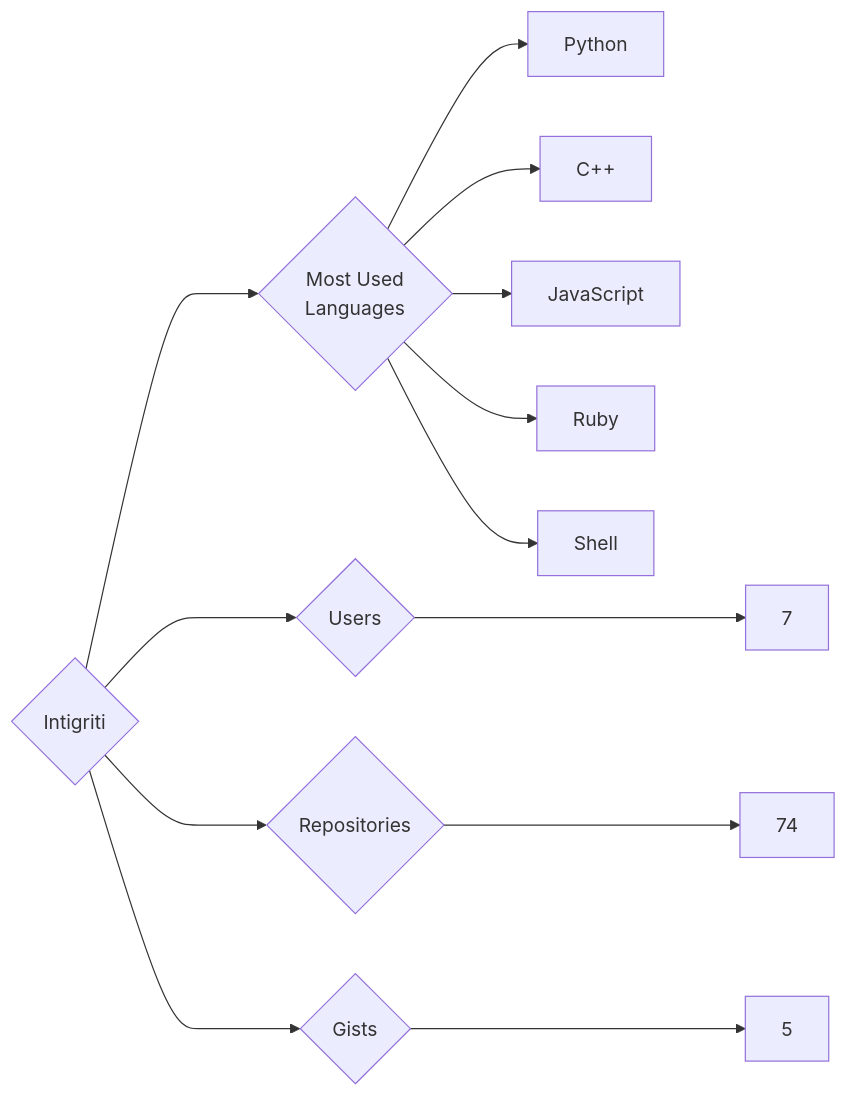
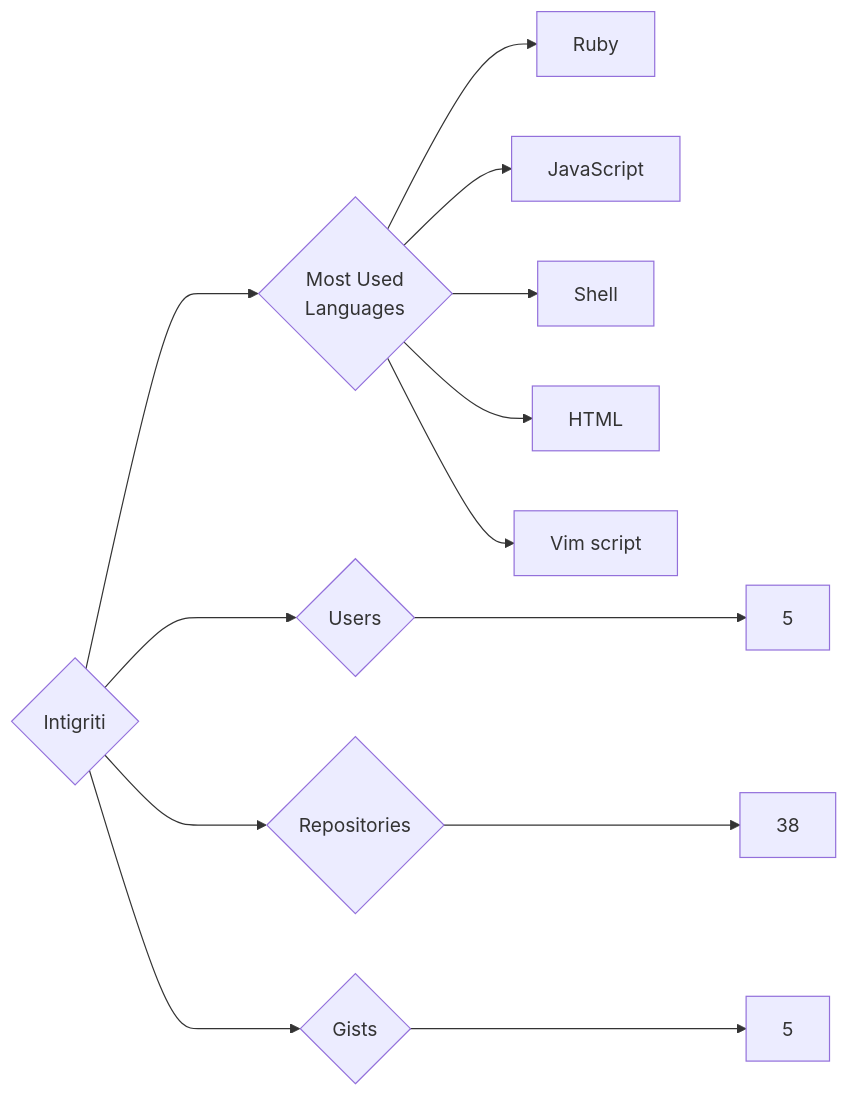
One commit to trickest/insiders changed the diagram in targets/Intigriti/README.md. Above: the diagram before and after it, drawn with Mermaid. The commit also changed 872 other files, not shown here.

````diff
--- a/targets/Intigriti/README.md
+++ b/targets/Intigriti/README.md
@@ -3,13 +3,13 @@
 ```mermaid
 graph LR
 COMPANY_NAME{Intigriti}
-COMPANY_NAME ---> U{Users} ---> UN[7]
-COMPANY_NAME ---> R{Repositories} ---> RN[74]
+COMPANY_NAME ---> U{Users} ---> UN[5]
+COMPANY_NAME ---> R{Repositories} ---> RN[38]
 COMPANY_NAME ---> G{Gists} ---> GN[5]
 COMPANY_NAME ---> ML{Most Used<br>Languages}
-ML --> Python[Python]
-ML --> C++[C++]
+ML --> Ruby[Ruby]
 ML --> JavaScript[JavaScript]
-ML --> Ruby[Ruby]
 ML --> Shell[Shell]
+ML --> HTML[HTML]
+ML --> Vim_script[Vim script]
 ```
````
